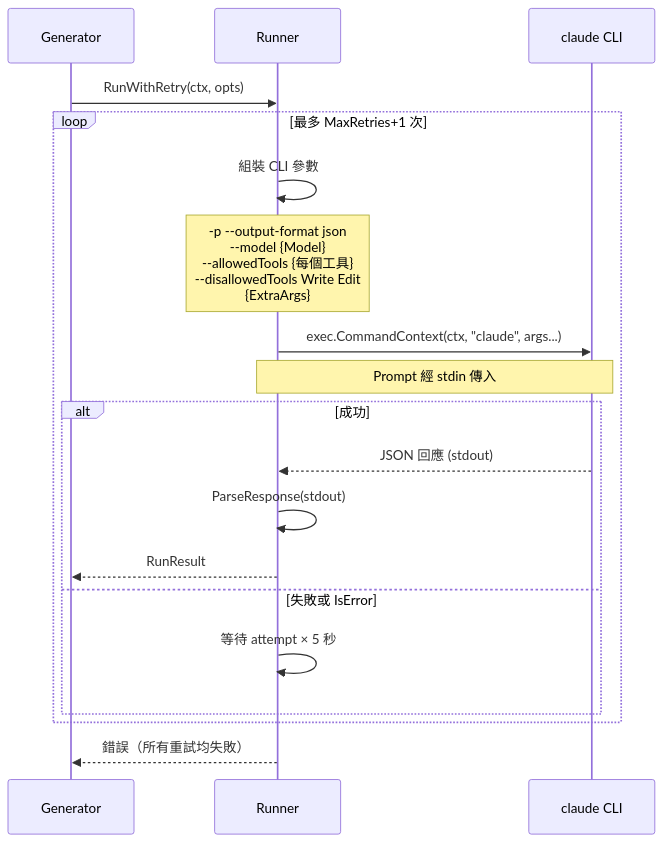
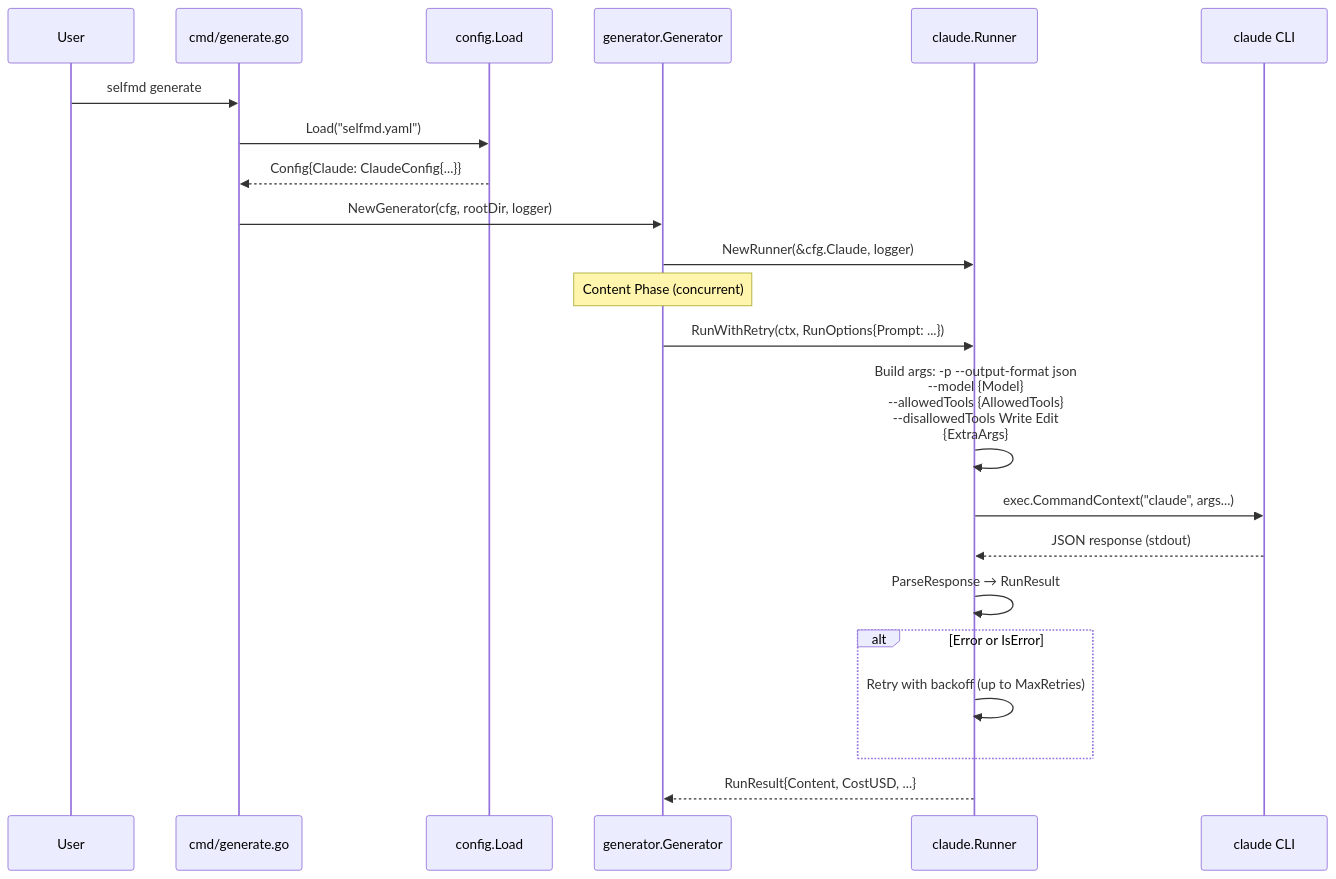
One commit to monkenWu/selfmd-claude-code changed the second of 2 diagrams in docs/configuration/claude-config/index.md. Above: the diagram before and after it, drawn with Mermaid. The commit also changed other lines of this file and 145 other files, not shown here.

````diff
--- a/docs/configuration/claude-config/index.md
+++ b/docs/configuration/claude-config/index.md
@@ -151,22 +217,28 @@
 ```mermaid
 sequenceDiagram
-    participant G as Generator
-    participant R as Runner
+    participant User
+    participant Generate as cmd/generate.go
+    participant Config as config.Load
+    participant Gen as generator.Generator
+    participant Runner as claude.Runner
     participant CLI as claude CLI
 
-    G->>R: RunWithRetry(ctx, opts)
-    loop 最多 MaxRetries+1 次
-        R->>R: 組裝 CLI 參數
-        note over R: -p --output-format json<br/>--model {Model}<br/>--allowedTools {每個工具}<br/>--disallowedTools Write Edit<br/>{ExtraArgs}
-        R->>CLI: exec.CommandContext(ctx, "claude", args...)
-        note over R,CLI: Prompt 經 stdin 傳入
-        alt 成功
-            CLI-->>R: JSON 回應 (stdout)
-            R->>R: ParseResponse(stdout)
-            R-->>G: RunResult
-        else 失敗或 IsError
-            R->>R: 等待 attempt × 5 秒
-        end
+    User->>Generate: selfmd generate
+    Generate->>Config: Load("selfmd.yaml")
+    Config-->>Generate: Config{Claude: ClaudeConfig{...}}
+    Generate->>Gen: NewGenerator(cfg, rootDir, logger)
+    Gen->>Runner: NewRunner(&cfg.Claude, logger)
+    
+    Note over Gen: Content Phase (concurrent)
+    Gen->>Runner: RunWithRetry(ctx, RunOptions{Prompt: ...})
+    Runner->>Runner: Build args: -p --output-format json<br/>--model {Model}<br/>--allowedTools {AllowedTools}<br/>--disallowedTools Write Edit<br/>{ExtraArgs}
+    Runner->>CLI: exec.CommandContext("claude", args...)
+    CLI-->>Runner: JSON response (stdout)
+    Runner->>Runner: ParseResponse → RunResult
+    
+    alt Error or IsError
+        Runner->>Runner: Retry with backoff (up to MaxRetries)
     end
-    R-->>G: 錯誤（所有重試均失敗）
+    
+    Runner-->>Gen: RunResult{Content, CostUSD, ...}
 ```
````
